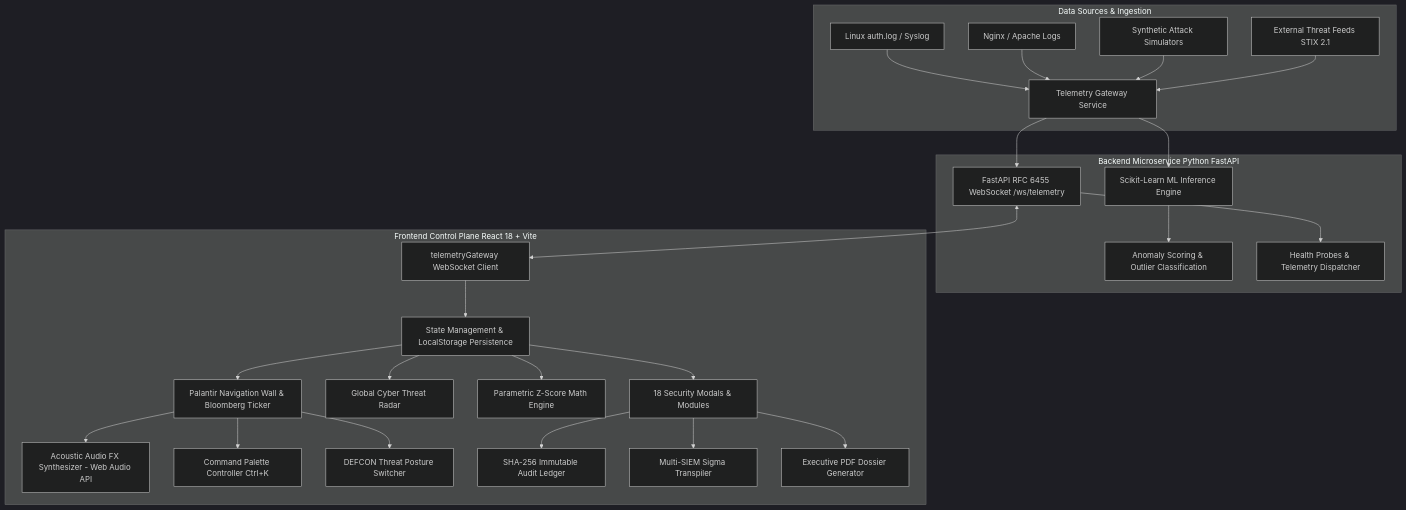
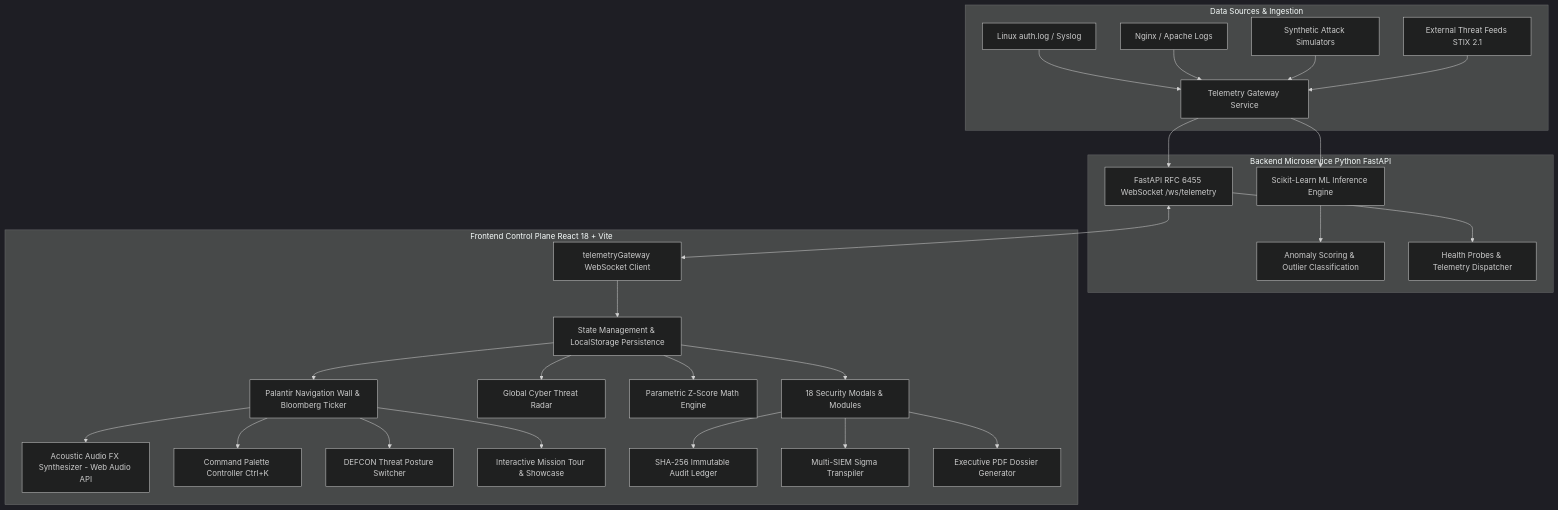
One commit to atikurrahmanxm/NexusAI changed the diagram in README.md. Above: the diagram before and after it, drawn with Mermaid (dark theme). The commit also changed other lines of this file and 2 other files, not shown here.

Commit message:
feat(showcase): add interactive mission tour modal, real-world attack scenarios, and enterprise benchmarks

````diff
--- a/README.md
+++ b/README.md
@@ -145,34 +221,35 @@
 ```mermaid
 flowchart TD
     subgraph Data Sources & Ingestion
         A1[Linux auth.log / Syslog] --> D[Telemetry Gateway Service]
         A2[Nginx / Apache Logs] --> D
         A3[Synthetic Attack Simulators] --> D
         A4[External Threat Feeds STIX 2.1] --> D
     end
 
     subgraph Backend Microservice Python FastAPI
         D --> B1[FastAPI RFC 6455 WebSocket /ws/telemetry]
         D --> B2[Scikit-Learn ML Inference Engine]
         B2 --> B3[Anomaly Scoring & Outlier Classification]
         B1 --> B4[Health Probes & Telemetry Dispatcher]
     end
 
     subgraph Frontend Control Plane React 18 + Vite
         B1 <--> C1[telemetryGateway WebSocket Client]
         C1 --> C2[State Management & LocalStorage Persistence]
         
         C2 --> F1[Palantir Navigation Wall & Bloomberg Ticker]
         C2 --> F2[Global Cyber Threat Radar]
         C2 --> F3[Parametric Z-Score Math Engine]
         C2 --> F4[18 Security Modals & Modules]
         
         F1 --> S1[Acoustic Audio FX Synthesizer - Web Audio API]
         F1 --> S2[Command Palette Controller Ctrl+K]
         F1 --> S3[DEFCON Threat Posture Switcher]
+        F1 --> S4[Interactive Mission Tour & Showcase]
         
         F4 --> G1[SHA-256 Immutable Audit Ledger]
         F4 --> G2[Multi-SIEM Sigma Transpiler]
         F4 --> G3[Executive PDF Dossier Generator]
     end
 ```
````
